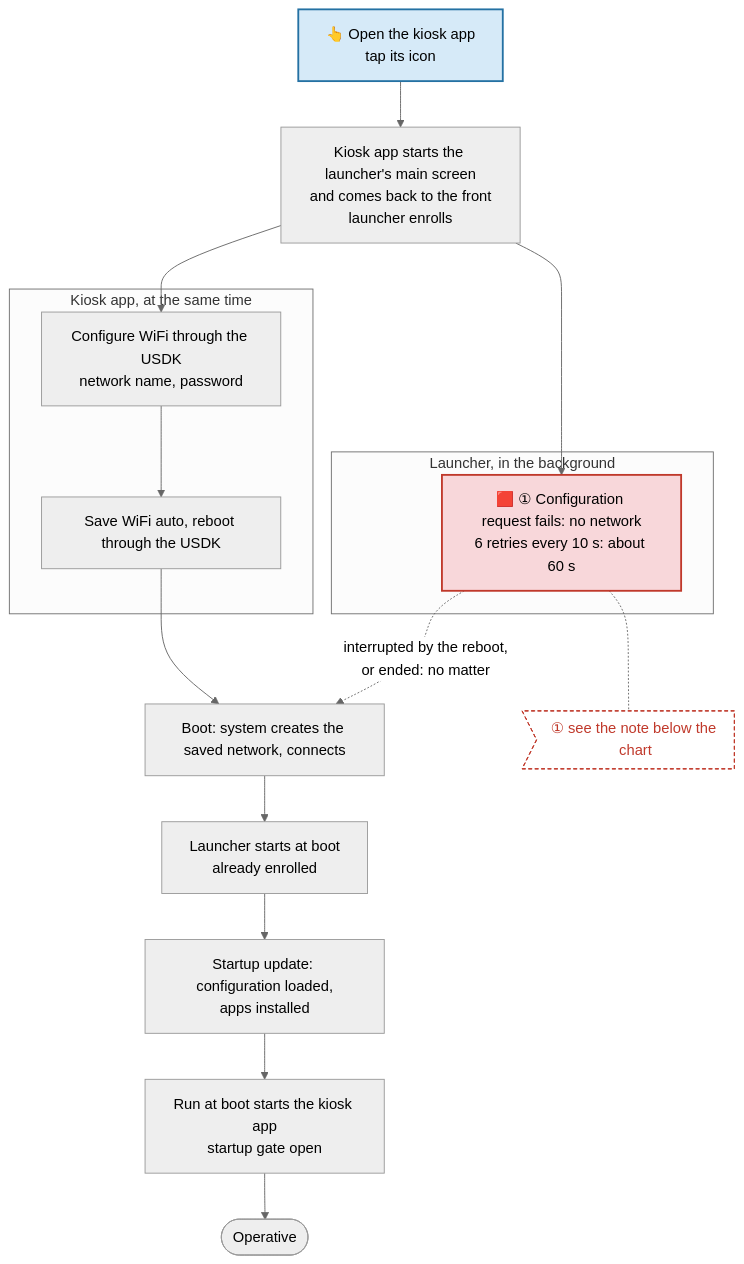
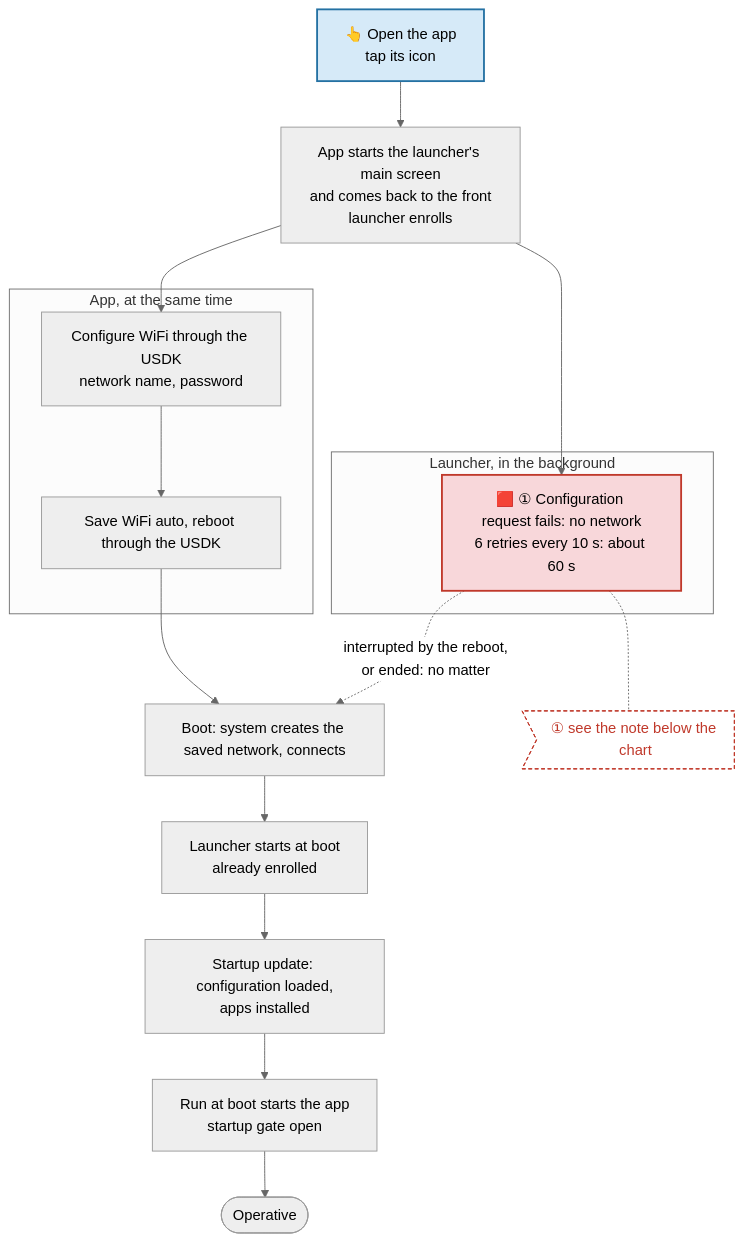
The third of 4 diagrams in docs/wifi-setup.md (rch-fw/HmdmChangeDeviceNumber), drawn with Mermaid (neutral theme) before and after one commit. The commit also changed other lines of this file and 1 other file, not shown here.

First line of the commit message:
Docs: Ingenico terminals are not in kiosk mode

````diff
--- a/docs/wifi-setup.md
+++ b/docs/wifi-setup.md
@@ -210,24 +212,24 @@
 ```mermaid
 flowchart TD
-    A[👆 Open the kiosk app<br/>tap its icon] --> B[Kiosk app starts the launcher's main screen<br/>and comes back to the front<br/>launcher enrolls]
+    A[👆 Open the app<br/>tap its icon] --> B[App starts the launcher's main screen<br/>and comes back to the front<br/>launcher enrolls]
     B --> P1 & P2
     subgraph L1 [Launcher, in the background]
         P1[🟥 ① Configuration request fails: no network<br/>6 retries every 10 s: about 60 s]
     end
-    subgraph U1 [Kiosk app, at the same time]
+    subgraph U1 [App, at the same time]
         P2[Configure WiFi through the USDK<br/>network name, password] --> D[Save WiFi auto, reboot through the USDK]
     end
     P1 -. interrupted by the reboot,<br/>or ended: no matter .-> E
     D --> E[Boot: system creates the saved network, connects]
     E --> F[Launcher starts at boot<br/>already enrolled]
     F --> G[Startup update: configuration loaded,<br/>apps installed]
-    G --> H[Run at boot starts the kiosk app<br/>startup gate open]
+    G --> H[Run at boot starts the app<br/>startup gate open]
     H --> K([Operative])
     classDef delay60 fill:#f8d7da,stroke:#c0392b,stroke-width:2px,color:#000
     class P1 delay60
     P1 -.- N1>"① see the note below the chart"]
     class N1 note60
     classDef note60 fill:#fff,stroke:#c0392b,stroke-dasharray:4 3,color:#c0392b
     classDef user fill:#d6eaf8,stroke:#2471a3,stroke-width:2px,color:#000
     class A user
 ```
````
